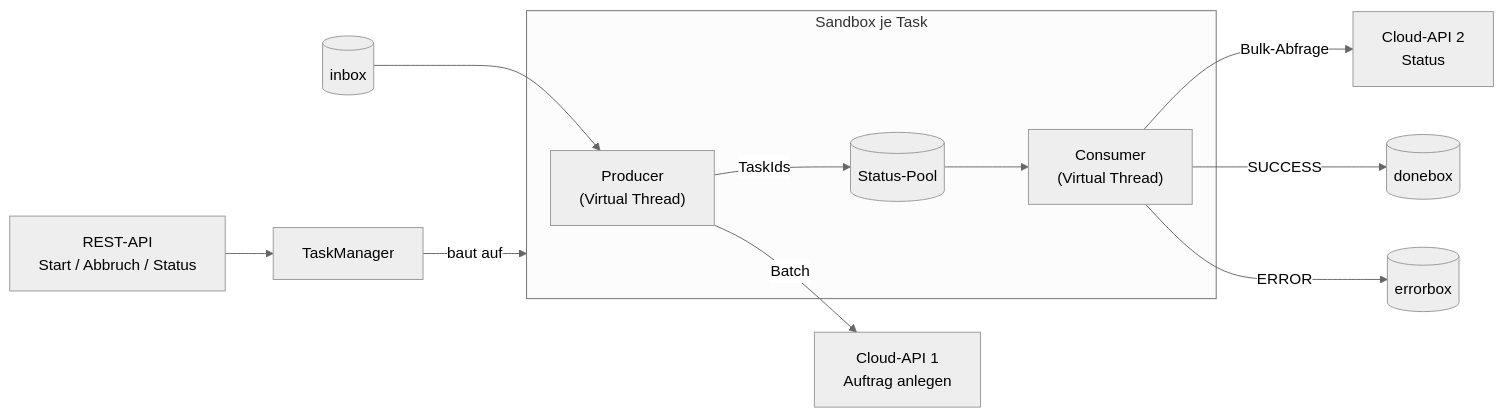
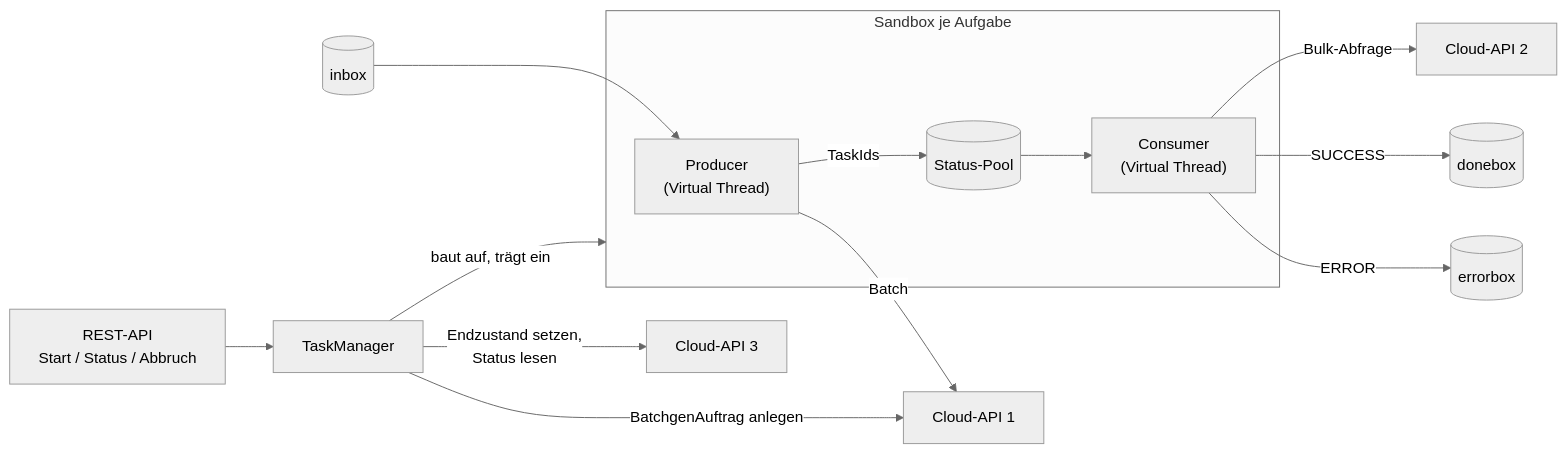
One commit to wwsstl/asynchrone-anwendungsarchitektur changed the diagram in README.md. Above: the diagram before and after it, drawn with Mermaid (neutral theme). The commit also changed other lines of this file and 56 other files, not shown here.

````diff
--- a/README.md
+++ b/README.md
@@ -12,14 +16,16 @@
 ```mermaid
 flowchart LR
-    subgraph Sandbox["Sandbox je Task"]
+    API["REST-API<br/>Start / Status / Abbruch"] --> TM["TaskManager"]
+    TM -->|BatchgenAuftrag anlegen| API1["Cloud-API 1"]
+    TM -->|Endzustand setzen,<br/>Status lesen| API3["Cloud-API 3"]
+    TM -->|baut auf, trägt ein| Sandbox
+    subgraph Sandbox["Sandbox je Aufgabe"]
         P["Producer<br/>(Virtual Thread)"] -->|TaskIds| Pool[("Status-Pool")]
         Pool --> C["Consumer<br/>(Virtual Thread)"]
     end
-    API["REST-API<br/>Start / Abbruch / Status"] --> TM["TaskManager"]
-    TM -->|baut auf| Sandbox
     Inbox[("inbox")] --> P
-    P -->|Batch| API1["Cloud-API 1<br/>Auftrag anlegen"]
-    C -->|Bulk-Abfrage| API2["Cloud-API 2<br/>Status"]
+    P -->|Batch| API1
+    C -->|Bulk-Abfrage| API2["Cloud-API 2"]
     C -->|SUCCESS| Done[("donebox")]
     C -->|ERROR| Error[("errorbox")]
 ```
````
